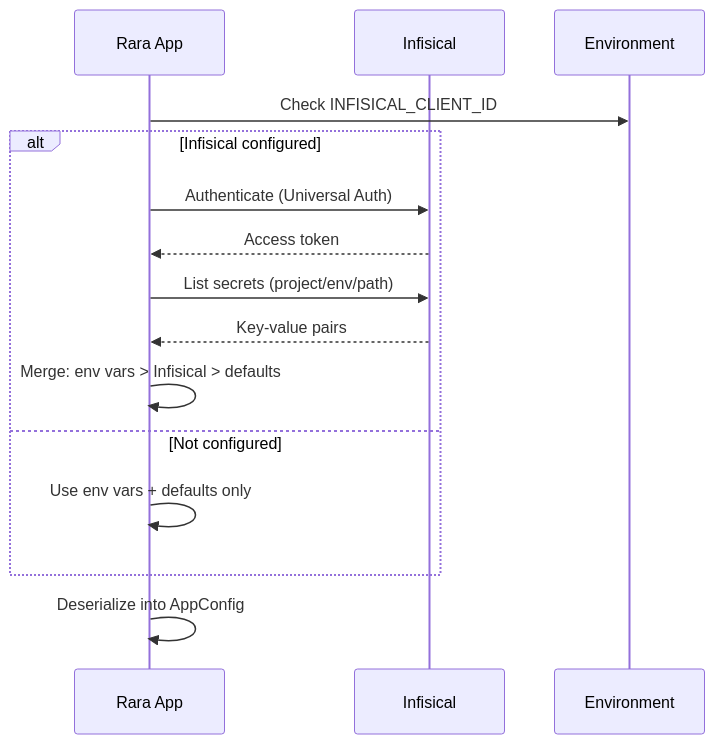
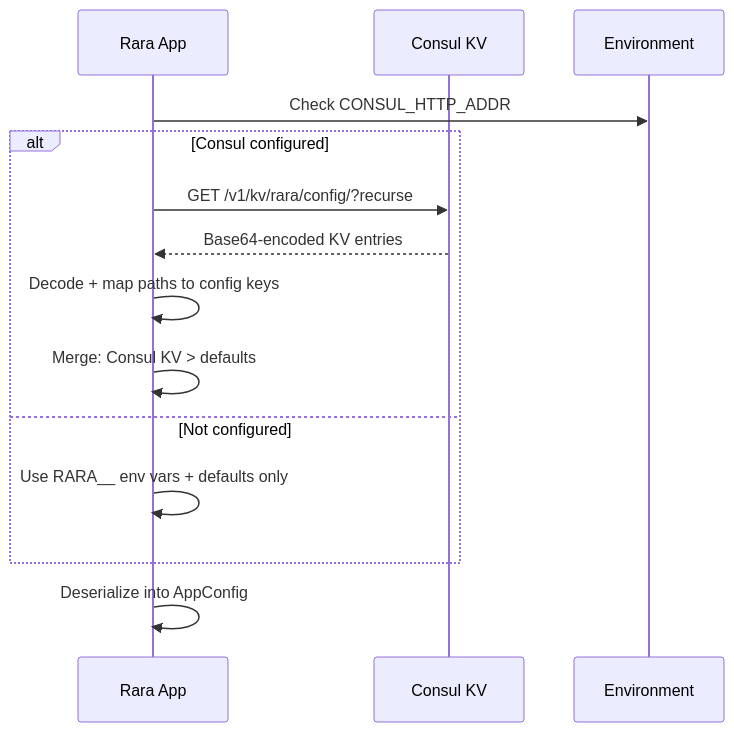
The diagram in docs/src/configuration.md (rararulab/rara), drawn with Mermaid before and after one commit. The commit also changed other lines of this file and 13 other files, not shown here.

First line of the commit message:
feat(config): replace Infisical with Consul KV as configuration source (#288)

````diff
--- a/docs/src/configuration.md
+++ b/docs/src/configuration.md
@@ -26,18 +32,17 @@
 ```mermaid
 sequenceDiagram
     participant App as Rara App
-    participant Inf as Infisical
+    participant Consul as Consul KV
     participant Env as Environment
 
-    App->>Env: Check INFISICAL_CLIENT_ID
-    alt Infisical configured
-        App->>Inf: Authenticate (Universal Auth)
-        Inf-->>App: Access token
-        App->>Inf: List secrets (project/env/path)
-        Inf-->>App: Key-value pairs
-        App->>App: Merge: env vars > Infisical > defaults
+    App->>Env: Check CONSUL_HTTP_ADDR
+    alt Consul configured
+        App->>Consul: GET /v1/kv/rara/config/?recurse
+        Consul-->>App: Base64-encoded KV entries
+        App->>App: Decode + map paths to config keys
+        App->>App: Merge: Consul KV > defaults
     else Not configured
-        App->>App: Use env vars + defaults only
+        App->>App: Use RARA__ env vars + defaults only
     end
     App->>App: Deserialize into AppConfig
 ```
````
